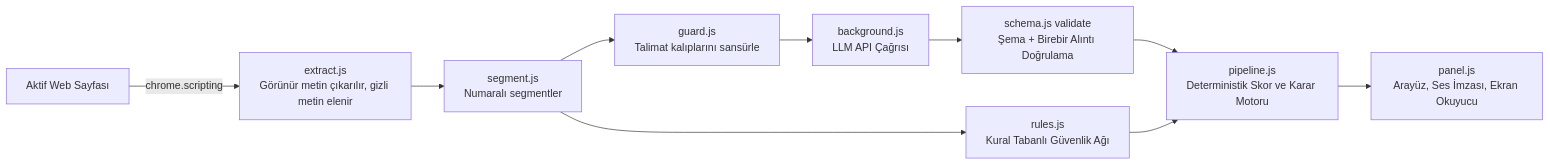
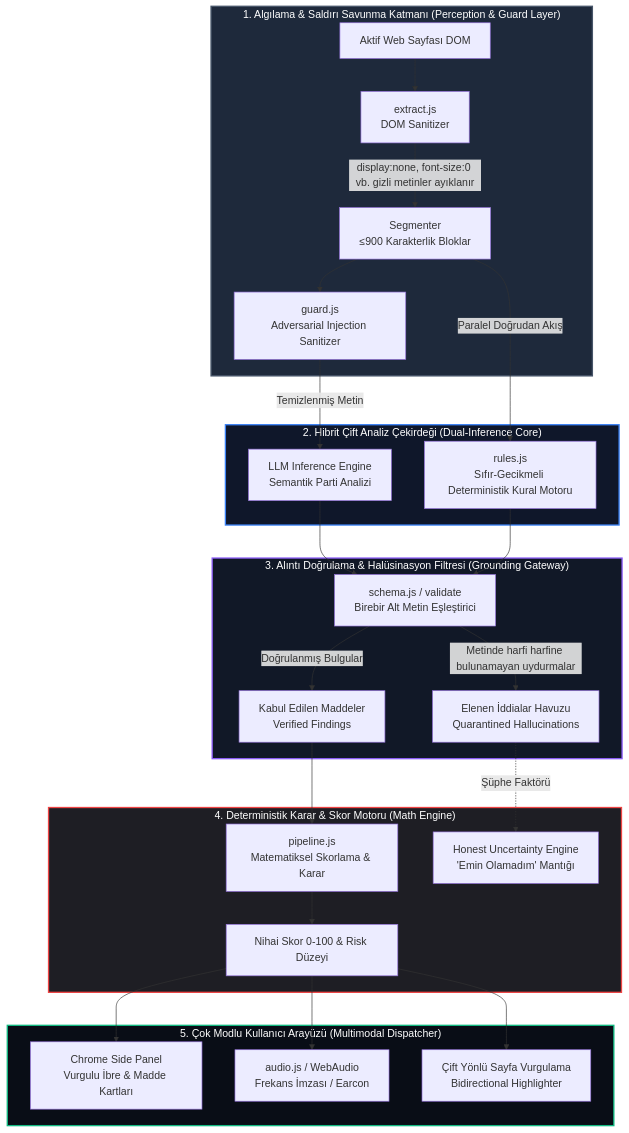
Before and after one commit to Arda-ERDEM/llm-EVAL: the diagram in README.md, drawn with Mermaid. The commit also changed other lines of this file, not shown here.

Commit message:
docs: modernize README with multi-layer topology, math formulation and distinct design

````diff
--- a/README.md
+++ b/README.md
@@ -25,12 +65,38 @@
 ```mermaid
-flowchart LR
-  A[Aktif Web Sayfası] -->|chrome.scripting| B[extract.js<br/>Görünür metin çıkarılır, gizli metin elenir]
-  B --> C[segment.js<br/>Numaralı segmentler]
-  C --> D[guard.js<br/>Talimat kalıplarını sansürle]
-  D --> E[background.js<br/>LLM API Çağrısı]
-  E --> F[schema.js validate<br/>Şema + Birebir Alıntı Doğrulama]
-  C --> G[rules.js<br/>Kural Tabanlı Güvenlik Ağı]
-  F --> H[pipeline.js<br/>Deterministik Skor ve Karar Motoru]
-  G --> H
-  H --> I[panel.js<br/>Arayüz, Ses İmzası, Ekran Okuyucu]
+graph TD
+    subgraph L1 ["1. Algılama & Saldırı Savunma Katmanı (Perception & Guard Layer)"]
+        A[Aktif Web Sayfası DOM] --> B[extract.js<br/>DOM Sanitizer]
+        B -->|display:none, font-size:0 vb. gizli metinler ayıklanır| C[Segmenter<br/>≤900 Karakterlik Bloklar]
+        C --> D[guard.js<br/>Adversarial Injection Sanitizer]
+    end
+
+    subgraph L2 ["2. Hibrit Çift Analiz Çekirdeği (Dual-Inference Core)"]
+        D -->|Temizlenmiş Metin| E[LLM Inference Engine<br/>Semantik Parti Analizi]
+        C -->|Paralel Doğrudan Akış| F[rules.js<br/>Sıfır-Gecikmeli Deterministik Kural Motoru]
+    end
+
+    subgraph L3 ["3. Alıntı Doğrulama & Halüsinasyon Filtresi (Grounding Gateway)"]
+        E --> G[schema.js / validate<br/>Birebir Alt Metin Eşleştirici]
+        F --> G
+        G -->|Metinde harfi harfine bulunamayan uydurmalar| H[Elenen İddialar Havuzu<br/>Quarantined Hallucinations]
+        G -->|Doğrulanmış Bulgular| I[Kabul Edilen Maddeler<br/>Verified Findings]
+    end
+
+    subgraph L4 ["4. Deterministik Karar & Skor Motoru (Math Engine)"]
+        I --> J[pipeline.js<br/>Matematiksel Skorlama & Karar]
+        H -.->|Şüphe Faktörü| K[Honest Uncertainty Engine<br/>'Emin Olamadım' Mantığı]
+        J --> L[Nihai Skor 0-100 & Risk Düzeyi]
+    end
+
+    subgraph L5 ["5. Çok Modlu Kullanıcı Arayüzü (Multimodal Dispatcher)"]
+        L --> M[Chrome Side Panel<br/>Vurgulu İbre & Madde Kartları]
+        L --> N[audio.js / WebAudio<br/>Frekans İmzası / Earcon]
+        L --> O[Çift Yönlü Sayfa Vurgulama<br/>Bidirectional Highlighter]
+    end
+
+    style L1 fill:#1e293b,stroke:#475569,stroke-width:2px,color:#fff
+    style L2 fill:#0f172a,stroke:#3b82f6,stroke-width:2px,color:#fff
+    style L3 fill:#111827,stroke:#8b5cf6,stroke-width:2px,color:#fff
+    style L4 fill:#1e1e24,stroke:#ef4444,stroke-width:2px,color:#fff
+    style L5 fill:#090d16,stroke:#10b981,stroke-width:2px,color:#fff
 ```
````
